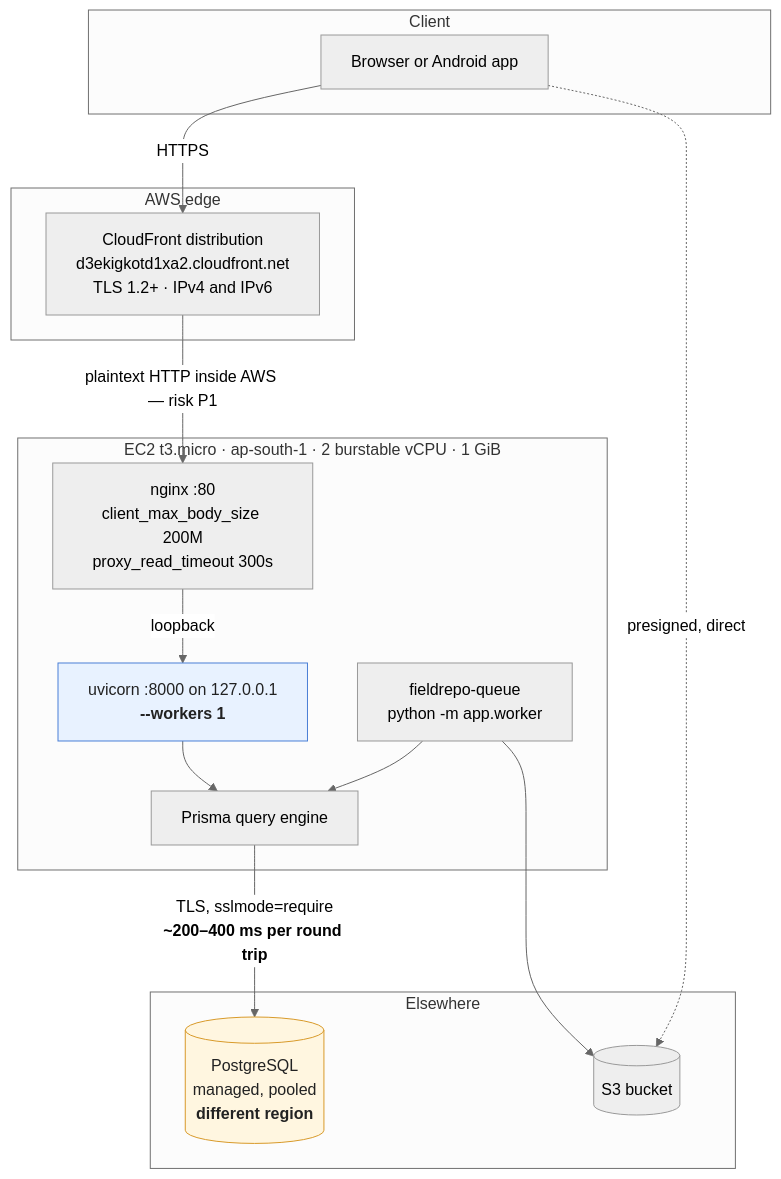
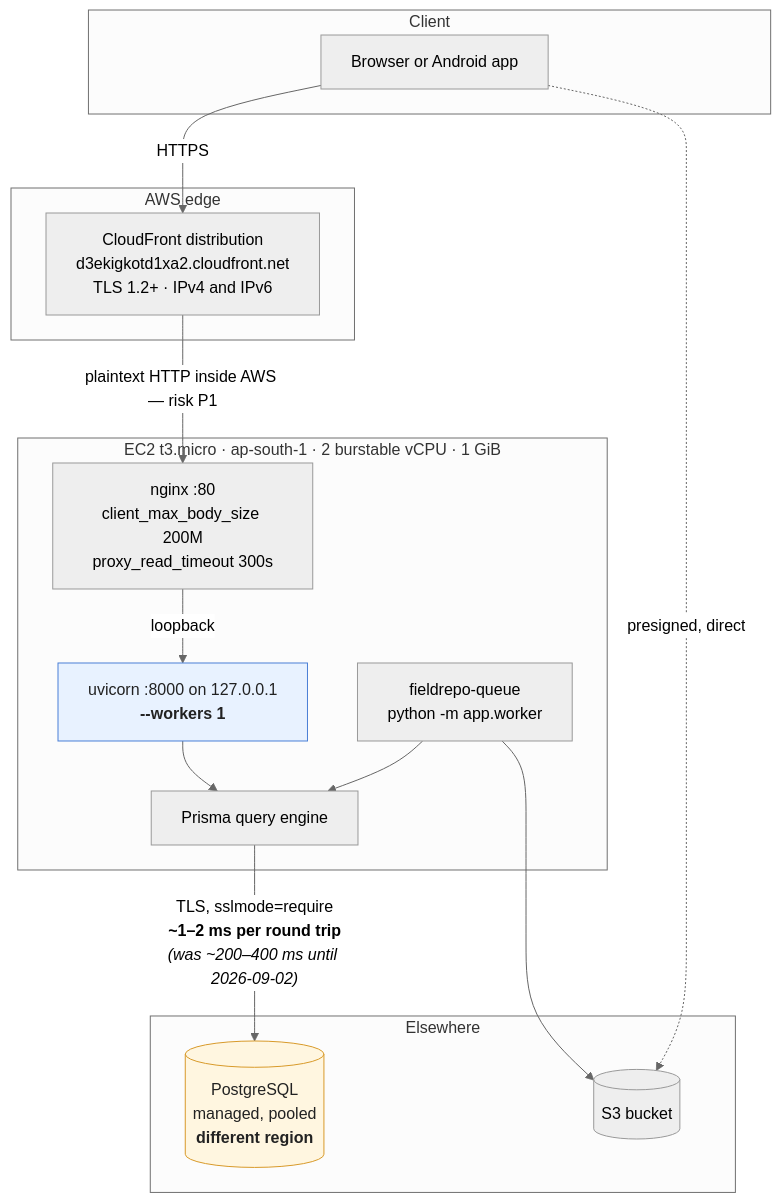
Before and after one commit to cxacraftecosystem-ui/designer-portal: the second of 13 diagrams in docs/ARCHITECTURE.md, drawn with Mermaid (neutral theme). The commit also changed other lines of this file and 223 other files, not shown here.

````diff
--- a/docs/ARCHITECTURE.md
+++ b/docs/ARCHITECTURE.md
@@ -83,31 +83,31 @@
 ```mermaid
 flowchart TB
   subgraph client["Client"]
     B[Browser or Android app]
   end
   subgraph edge["AWS edge"]
     CF["CloudFront distribution<br/>d3ekigkotd1xa2.cloudfront.net<br/>TLS 1.2+ · IPv4 and IPv6"]
   end
   subgraph ec2["EC2 t3.micro · ap-south-1 · 2 burstable vCPU · 1 GiB"]
     NX["nginx :80<br/>client_max_body_size 200M<br/>proxy_read_timeout 300s"]
     UV["uvicorn :8000 on 127.0.0.1<br/><b>--workers 1</b>"]
     QW["fieldrepo-queue<br/>python -m app.worker"]
     PE[Prisma query engine]
   end
   subgraph remote["Elsewhere"]
     PG[("PostgreSQL<br/>managed, pooled<br/><b>different region</b>")]
     S3[(S3 bucket)]
   end
 
   B -->|"HTTPS"| CF
   CF -->|"plaintext HTTP inside AWS — risk P1"| NX
   NX -->|loopback| UV
   UV --> PE
   QW --> PE
-  PE -->|"TLS, sslmode=require<br/><b>~200–400 ms per round trip</b>"| PG
+  PE -->|"TLS, sslmode=require<br/><b>~1–2 ms per round trip</b><br/><i>(was ~200–400 ms until 2026-09-02)</i>"| PG
   B -.->|presigned, direct| S3
   QW --> S3
 
   style PG fill:#fff6e0,stroke:#d89a2a,color:#222
   style UV fill:#e8f2ff,stroke:#4a7fd6,color:#222
 ```
````
